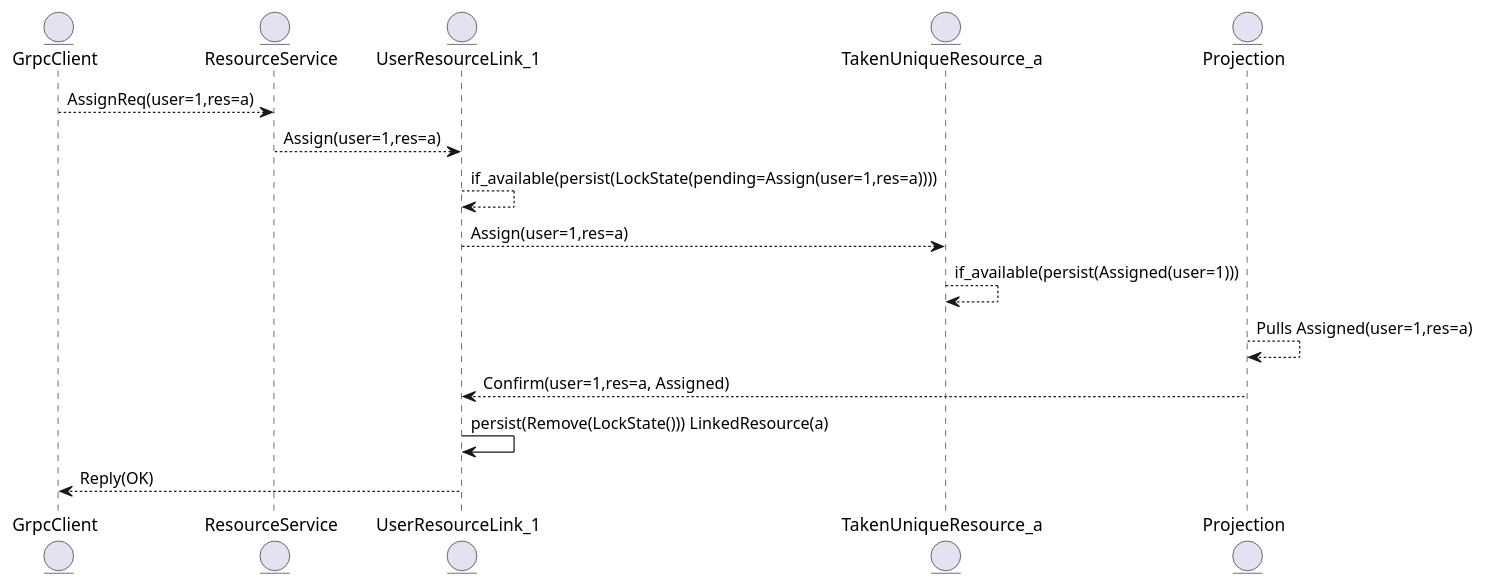
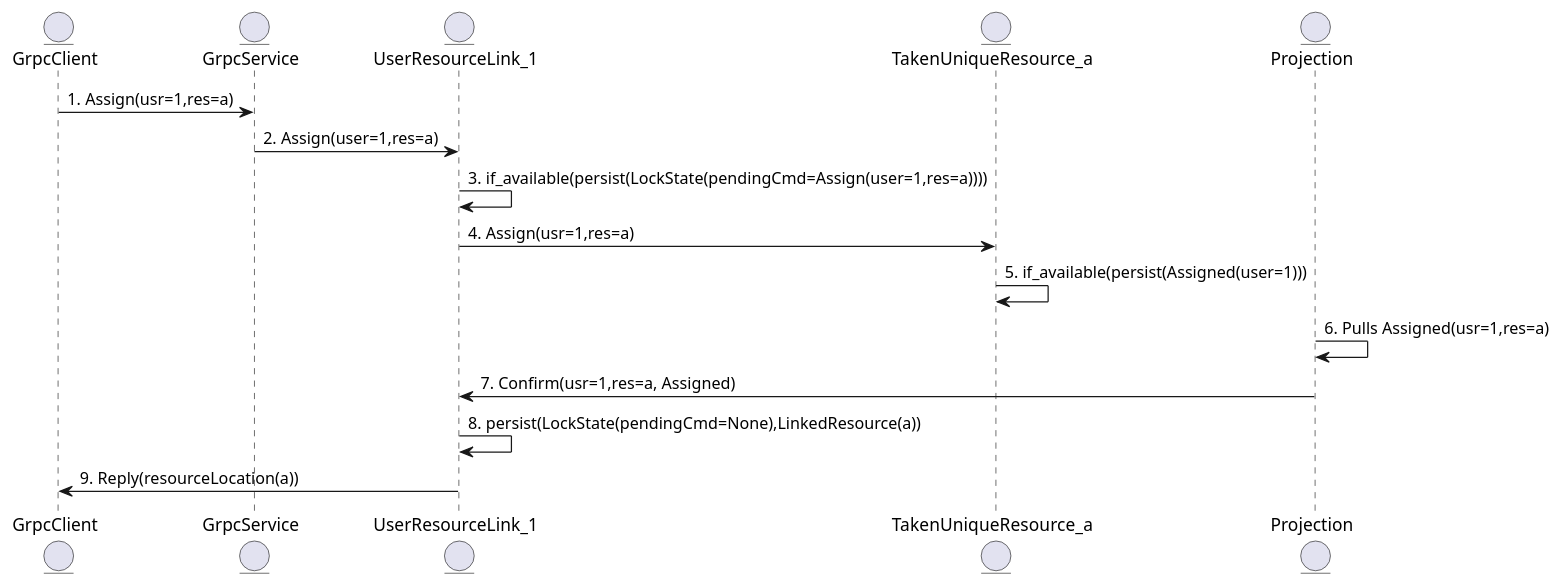
The first of 2 diagrams in diagrams.md (haghard/unique-resource-management), drawn with PlantUML before and after one commit. The commit also changed other lines of this file and 17 other files, not shown here.

````diff
--- a/diagrams.md
+++ b/diagrams.md
@@ -4,30 +4,30 @@
 ```plantuml
 @startuml
 
 entity GrpcClient
 
-entity ResourceService
+entity GrpcService
 
 entity UserResourceLink_1
 
 entity TakenUniqueResource_a
 
 entity Projection
 
-GrpcClient --> ResourceService: AssignReq(user=1,res=a)
-ResourceService --> UserResourceLink_1: Assign(user=1,res=a)
-UserResourceLink_1 --> UserResourceLink_1: if_available(persist(LockState(pending=Assign(user=1,res=a)))) 
-UserResourceLink_1 --> TakenUniqueResource_a: Assign(user=1,res=a)
+GrpcClient -> GrpcService:1. Assign(usr=1,res=a)
+GrpcService -> UserResourceLink_1:2. Assign(user=1,res=a)
+UserResourceLink_1 -> UserResourceLink_1:3. if_available(persist(LockState(pendingCmd=Assign(user=1,res=a)))) 
+UserResourceLink_1 -> TakenUniqueResource_a:4. Assign(usr=1,res=a)
 
 
-TakenUniqueResource_a --> TakenUniqueResource_a: if_available(persist(Assigned(user=1)))  
+TakenUniqueResource_a -> TakenUniqueResource_a:5. if_available(persist(Assigned(user=1)))  
 
 
 
-Projection --> Projection: Pulls Assigned(user=1,res=a)
-Projection --> UserResourceLink_1: Confirm(user=1,res=a, Assigned)
-UserResourceLink_1 -> UserResourceLink_1: persist(Remove(LockState())) LinkedResource(a)
-UserResourceLink_1 --> GrpcClient : Reply(OK)  
+Projection -> Projection:6. Pulls Assigned(usr=1,res=a)
+Projection -> UserResourceLink_1:7. Confirm(usr=1,res=a, Assigned)
+UserResourceLink_1 -> UserResourceLink_1:8. persist(LockState(pendingCmd=None),LinkedResource(a))
+UserResourceLink_1 -> GrpcClient:9. Reply(resourceLocation(a))  
 
 @enduml
 ```
````
